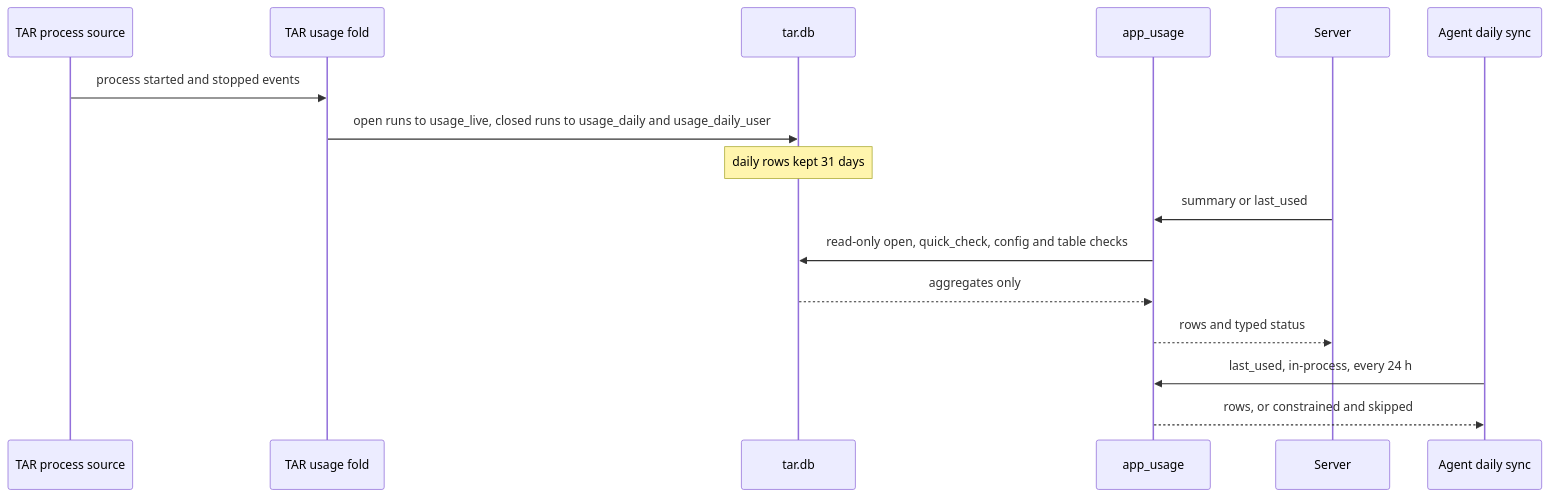
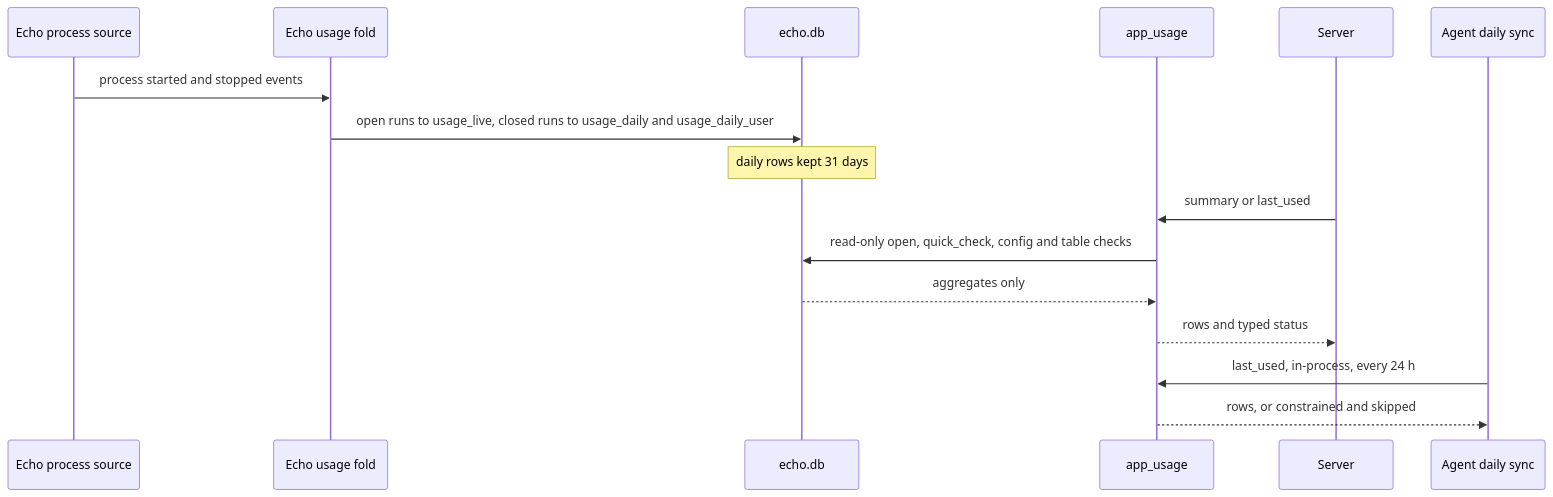
The third of 3 diagrams in agents/plugins/app_usage/README.md (DevNullLtd/Yuzu), drawn with Mermaid before and after one commit. The commit also changed other lines of this file and 853 other files, not shown here.

Commit message:
Rename TAR to Echo: scripted repo-wide rename (scripts/rename-tar-to-echo.py) and its applied result

````diff
--- a/agents/plugins/app_usage/README.md
+++ b/agents/plugins/app_usage/README.md
@@ -73,18 +73,18 @@
 ```mermaid
 sequenceDiagram
-  participant P as TAR process source
-  participant F as TAR usage fold
-  participant D as tar.db
+  participant P as Echo process source
+  participant F as Echo usage fold
+  participant D as echo.db
   participant A as app_usage
   participant S as Server
   participant Y as Agent daily sync
   P->>F: process started and stopped events
   F->>D: open runs to usage_live, closed runs to usage_daily and usage_daily_user
   Note over D: daily rows kept 31 days
   S->>A: summary or last_used
   A->>D: read-only open, quick_check, config and table checks
   D-->>A: aggregates only
   A-->>S: rows and typed status
   Y->>A: last_used, in-process, every 24 h
   A-->>Y: rows, or constrained and skipped
 ```
````
